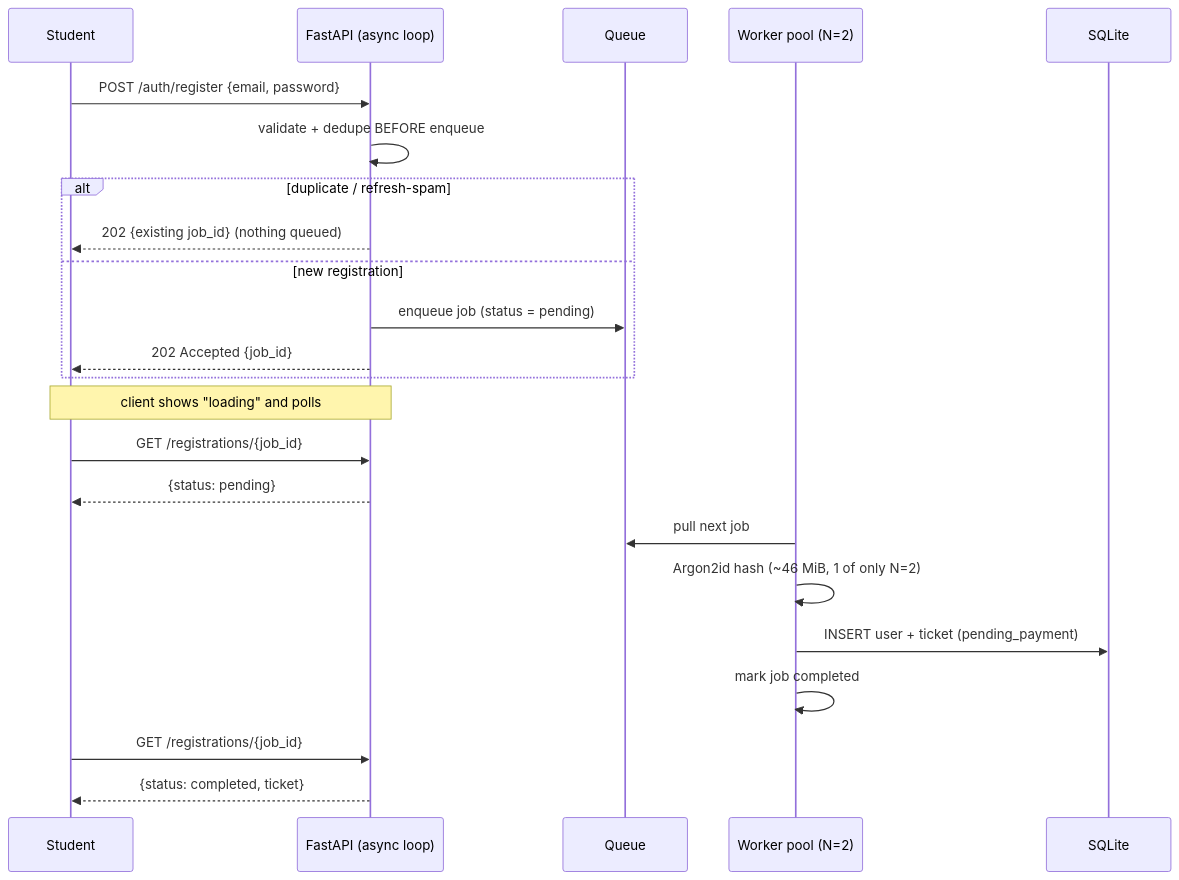
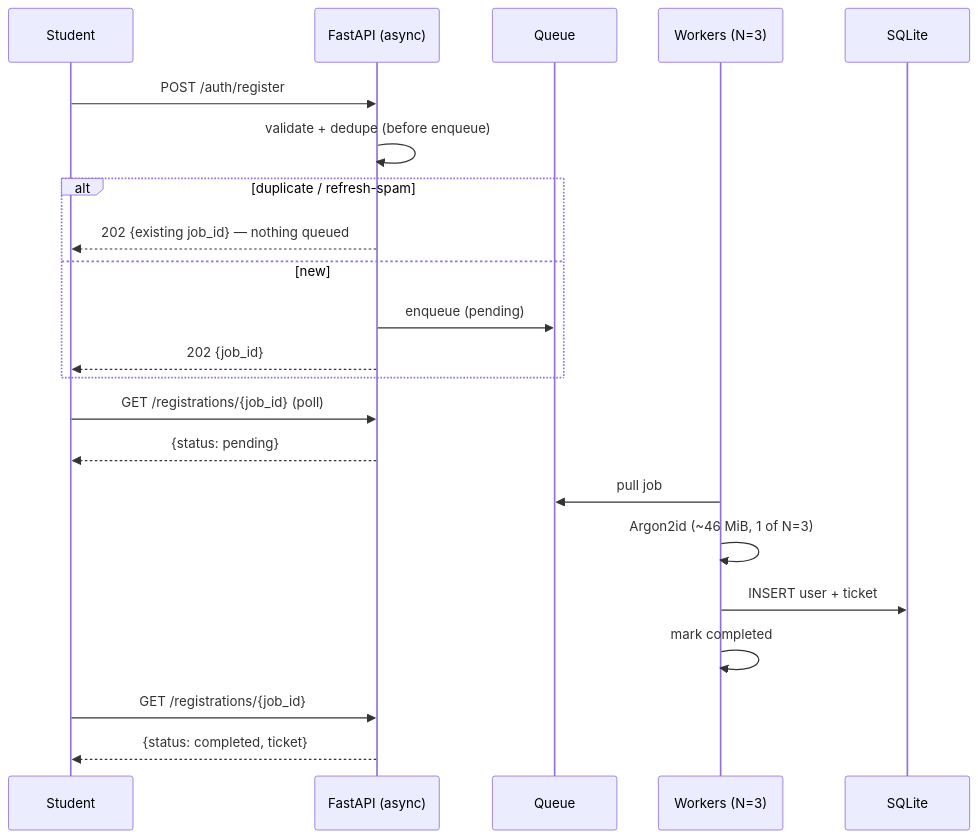
One commit to TheClazer/techfest-registration-backend changed the second of 2 diagrams in SCALE.md. Above: the diagram before and after it, drawn with Mermaid. The commit also changed other lines of this file, not shown here.

````diff
--- a/SCALE.md
+++ b/SCALE.md
@@ -136,29 +98,25 @@
 ```mermaid
 sequenceDiagram
     participant S as Student
-    participant API as FastAPI (async loop)
+    participant API as FastAPI (async)
     participant Q as Queue
-    participant W as Worker pool (N=2)
+    participant W as Workers (N=3)
     participant DB as SQLite
 
-    S->>API: POST /auth/register {email, password}
-    API->>API: validate + dedupe BEFORE enqueue
+    S->>API: POST /auth/register
+    API->>API: validate + dedupe (before enqueue)
     alt duplicate / refresh-spam
-        API-->>S: 202 {existing job_id}  (nothing queued)
-    else new registration
-        API->>Q: enqueue job (status = pending)
-        API-->>S: 202 Accepted {job_id}
+        API-->>S: 202 {existing job_id} — nothing queued
+    else new
+        API->>Q: enqueue (pending)
+        API-->>S: 202 {job_id}
     end
-
-    Note over S,API: client shows "loading" and polls
-    S->>API: GET /registrations/{job_id}
+    S->>API: GET /registrations/{job_id} (poll)
     API-->>S: {status: pending}
-
-    W->>Q: pull next job
-    W->>W: Argon2id hash (~46 MiB, 1 of only N=2)
-    W->>DB: INSERT user + ticket (pending_payment)
-    W->>W: mark job completed
-
+    W->>Q: pull job
+    W->>W: Argon2id (~46 MiB, 1 of N=3)
+    W->>DB: INSERT user + ticket
+    W->>W: mark completed
     S->>API: GET /registrations/{job_id}
     API-->>S: {status: completed, ticket}
 ```
````
